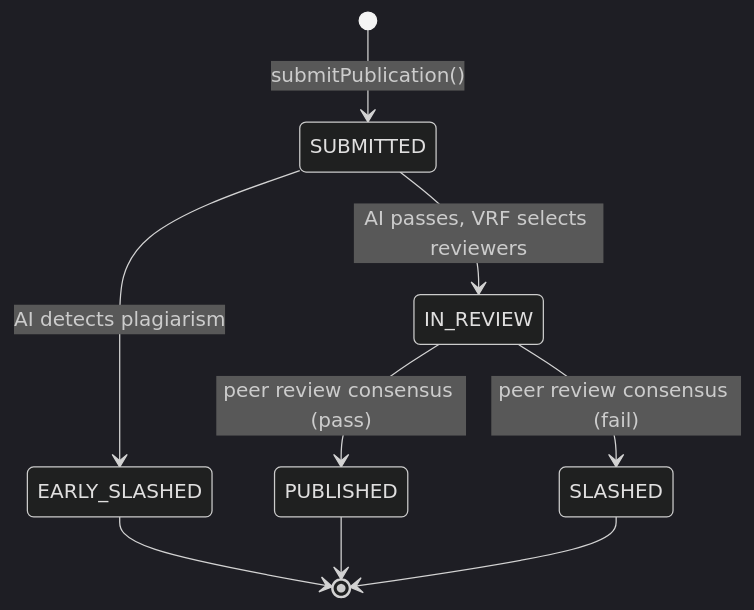
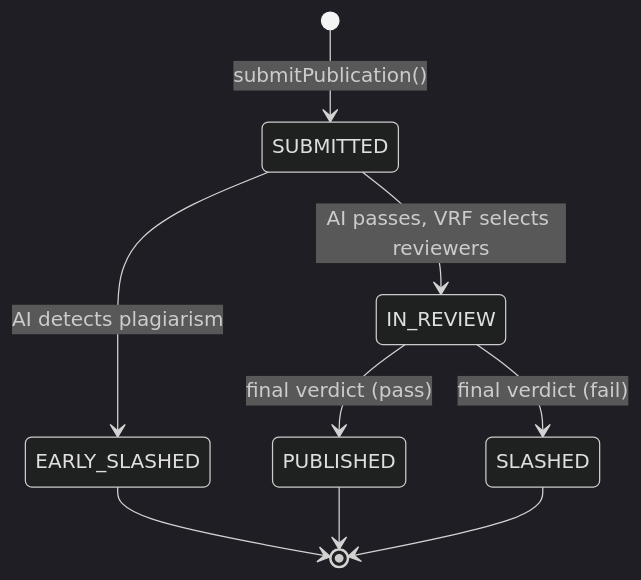
The first of 4 diagrams in README.md (SiegfriedBz/BioVerify_Agentic_DApp), drawn with Mermaid (dark theme) before and after one commit. The commit also changed other lines of this file and 2 other files, not shown here.

````diff
--- a/README.md
+++ b/README.md
@@ -47,11 +48,11 @@
 ```mermaid
 stateDiagram-v2
     [*] --> SUBMITTED : submitPublication()
     SUBMITTED --> EARLY_SLASHED : AI detects plagiarism
     SUBMITTED --> IN_REVIEW : AI passes, VRF selects reviewers
-    IN_REVIEW --> PUBLISHED : peer review consensus (pass)
-    IN_REVIEW --> SLASHED : peer review consensus (fail)
+    IN_REVIEW --> PUBLISHED : final verdict (pass)
+    IN_REVIEW --> SLASHED : final verdict (fail)
     EARLY_SLASHED --> [*]
     PUBLISHED --> [*]
     SLASHED --> [*]
 ```
````
